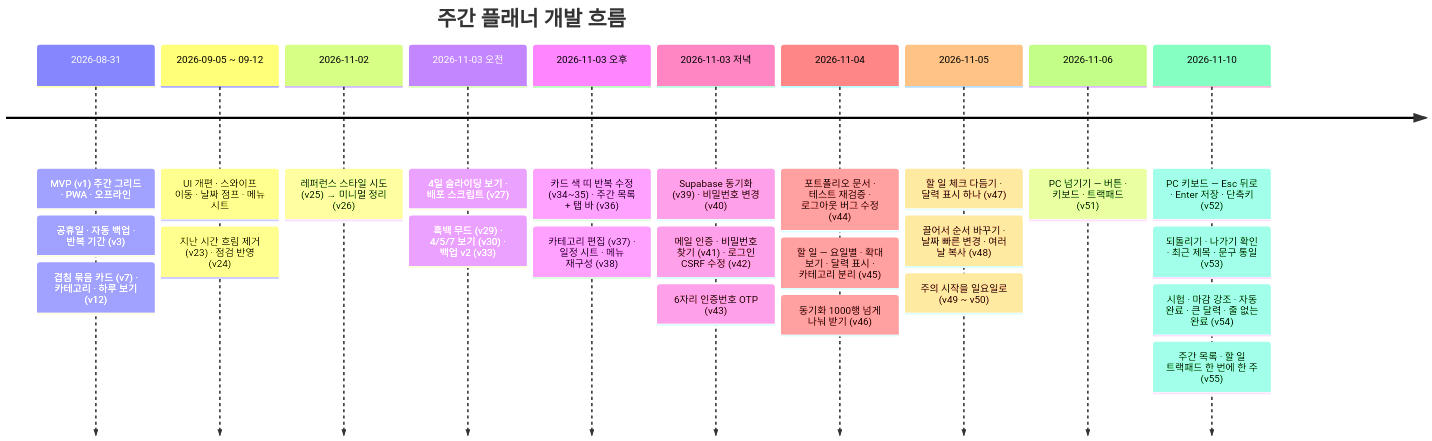
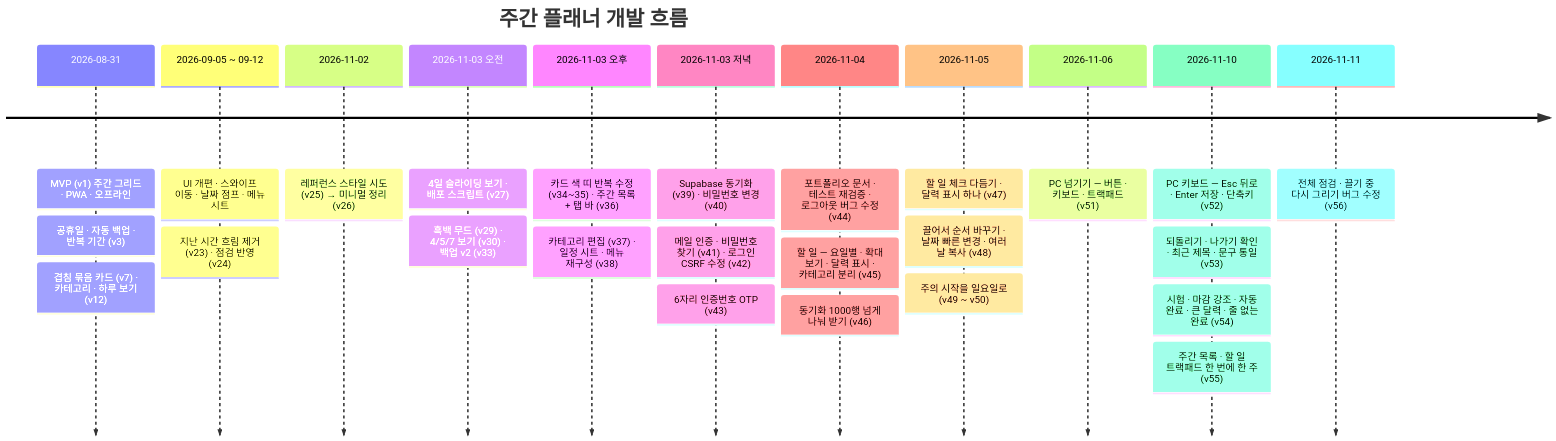
The second of 2 diagrams in docs/README.md (jmg0929/weekly-planner), drawn with Mermaid before and after one commit. The commit also changed other lines of this file and 6 other files, not shown here.

````diff
--- a/docs/README.md
+++ b/docs/README.md
@@ -123,28 +123,29 @@
 ```mermaid
 timeline
   title 주간 플래너 개발 흐름
   2026-08-31 : MVP (v1) 주간 그리드 · PWA · 오프라인
              : 공휴일 · 자동 백업 · 반복 기간 (v3)
              : 겹침 묶음 카드 (v7) · 카테고리 · 하루 보기 (v12)
   2026-09-05 ~ 09-12 : UI 개편 · 스와이프 이동 · 날짜 점프 · 메뉴 시트
                      : 지난 시간 흐림 제거 (v23) · 점검 반영 (v24)
   2026-11-02 : 레퍼런스 스타일 시도 (v25) → 미니멀 정리 (v26)
   2026-11-03 오전 : 4일 슬라이딩 보기 · 배포 스크립트 (v27)
                  : 흑백 무드 (v29) · 4/5/7 보기 (v30) · 백업 v2 (v33)
   2026-11-03 오후 : 카드 색 띠 반복 수정 (v34~35) · 주간 목록 + 탭 바 (v36)
                  : 카테고리 편집 (v37) · 일정 시트 · 메뉴 재구성 (v38)
   2026-11-03 저녁 : Supabase 동기화 (v39) · 비밀번호 변경 (v40)
                  : 메일 인증 · 비밀번호 찾기 (v41) · 로그인 CSRF 수정 (v42)
                  : 6자리 인증번호 OTP (v43)
   2026-11-04 : 포트폴리오 문서 · 테스트 재검증 · 로그아웃 버그 수정 (v44)
              : 할 일 — 요일별 · 확대 보기 · 달력 표시 · 카테고리 분리 (v45)
              : 동기화 1000행 넘게 나눠 받기 (v46)
   2026-11-05 : 할 일 체크 다듬기 · 달력 표시 하나 (v47)
              : 끌어서 순서 바꾸기 · 날짜 빠른 변경 · 여러 날 복사 (v48)
              : 주의 시작을 일요일로 (v49 ~ v50)
   2026-11-06 : PC 넘기기 — 버튼 · 키보드 · 트랙패드 (v51)
   2026-11-10 : PC 키보드 — Esc 뒤로 · Enter 저장 · 단축키 (v52)
              : 되돌리기 · 나가기 확인 · 최근 제목 · 문구 통일 (v53)
              : 시험 · 마감 강조 · 자동 완료 · 큰 달력 · 줄 없는 완료 (v54)
              : 주간 목록 · 할 일 트랙패드 한 번에 한 주 (v55)
+  2026-11-11 : 전체 점검 · 끌기 중 다시 그리기 버그 수정 (v56)
 ```
````
